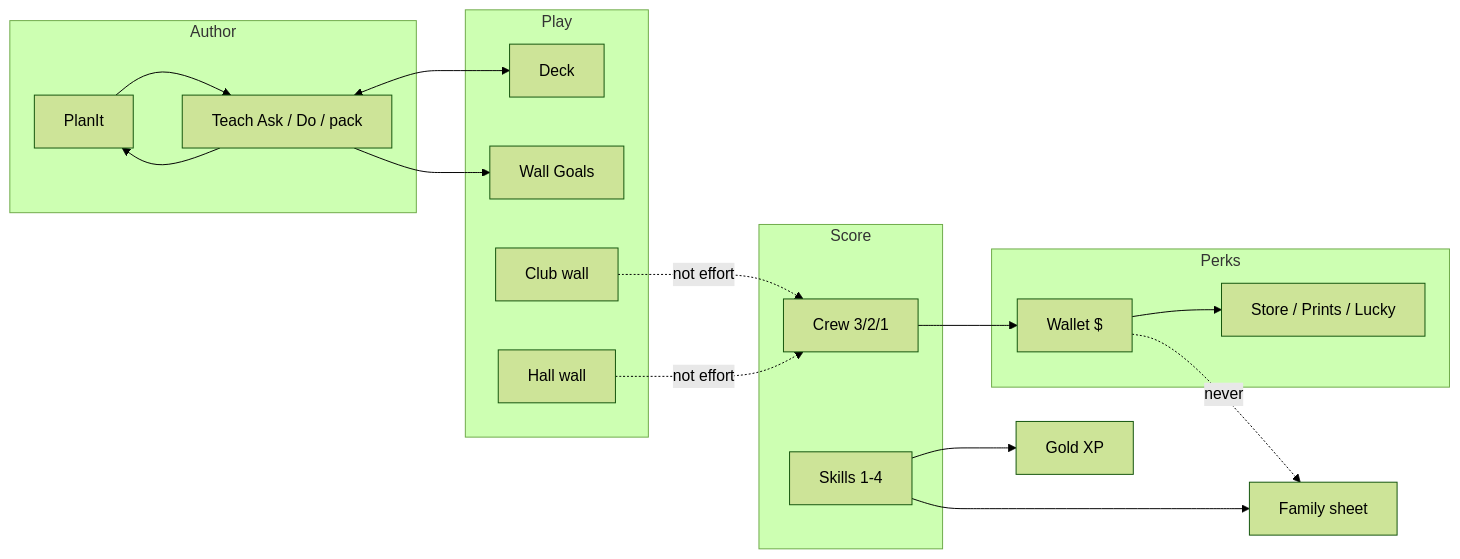
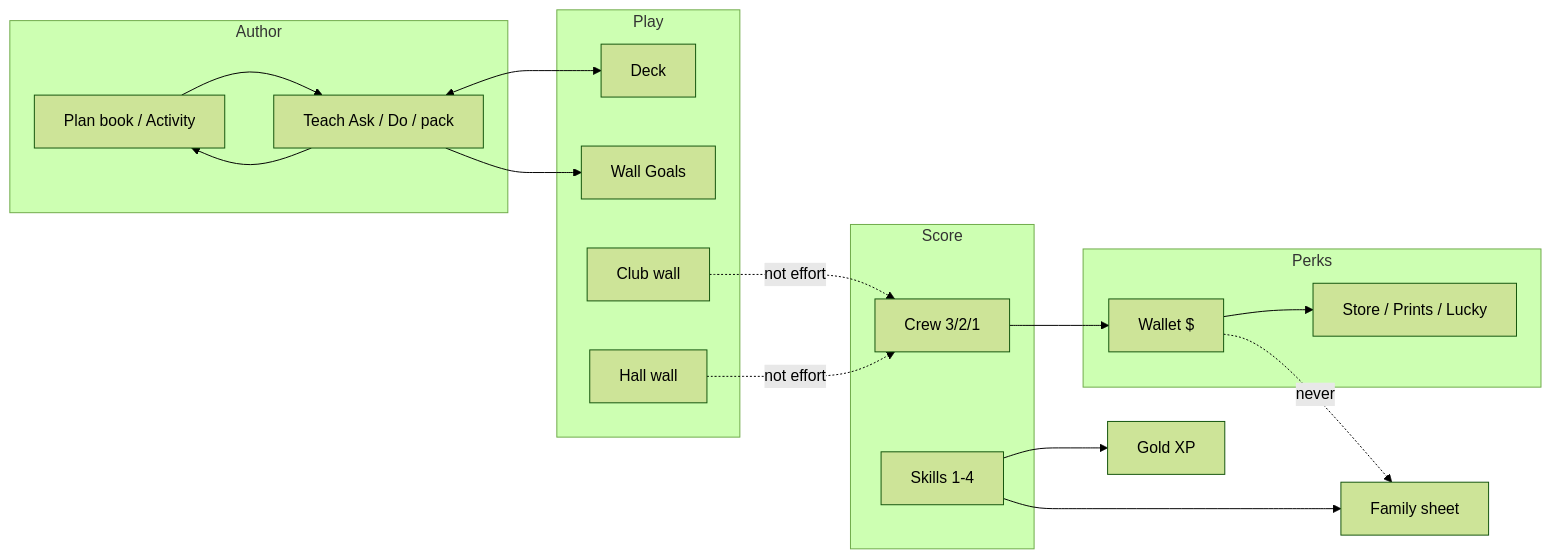
Before and after one commit to trebiluk/TechWorks: the diagram in docs/ARCHITECTURE.md, drawn with Mermaid (forest theme). The commit also changed other lines of this file and 16 other files, not shown here.

````diff
--- a/docs/ARCHITECTURE.md
+++ b/docs/ARCHITECTURE.md
@@ -9,32 +9,32 @@
 ```mermaid
 flowchart LR
   subgraph author [Author]
-    Plan[PlanIt]
+    Plan[Plan book / Activity]
     Teach[Teach Ask / Do / pack]
   end
   subgraph play [Play]
     Deck[Deck]
     Wall[Wall Goals]
     Club[Club wall]
     Hall[Hall wall]
   end
   subgraph score [Score]
     Crew[Crew 3/2/1]
     Skill[Skills 1-4]
   end
   subgraph perk [Perks]
     Wallet[Wallet $]
     Store[Store / Prints / Lucky]
   end
   Plan --> Teach
   Teach <--> Deck
   Teach --> Wall
   Teach --> Plan
   Crew --> Wallet
   Skill --> XP[Gold XP]
   Wallet --> Store
   Club -.->|not effort| Crew
   Hall -.->|not effort| Crew
   Wallet -.->|never| Family[Family sheet]
   Skill --> Family
 ```
````
